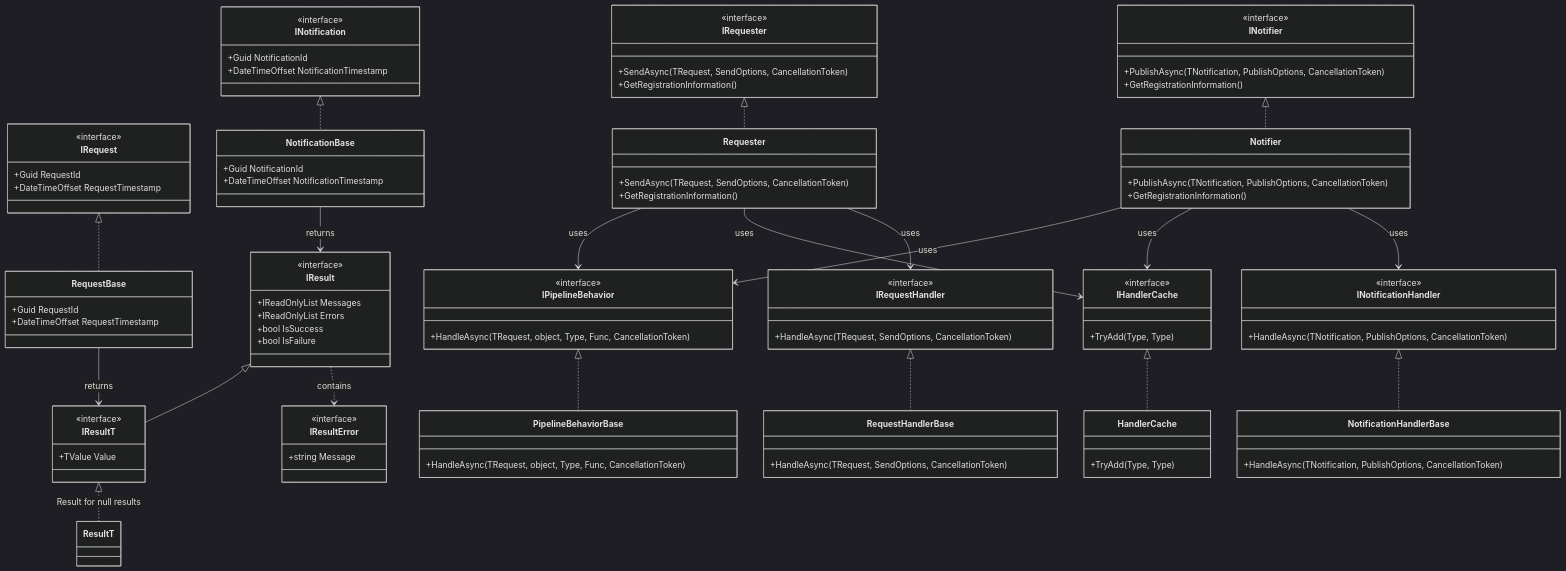
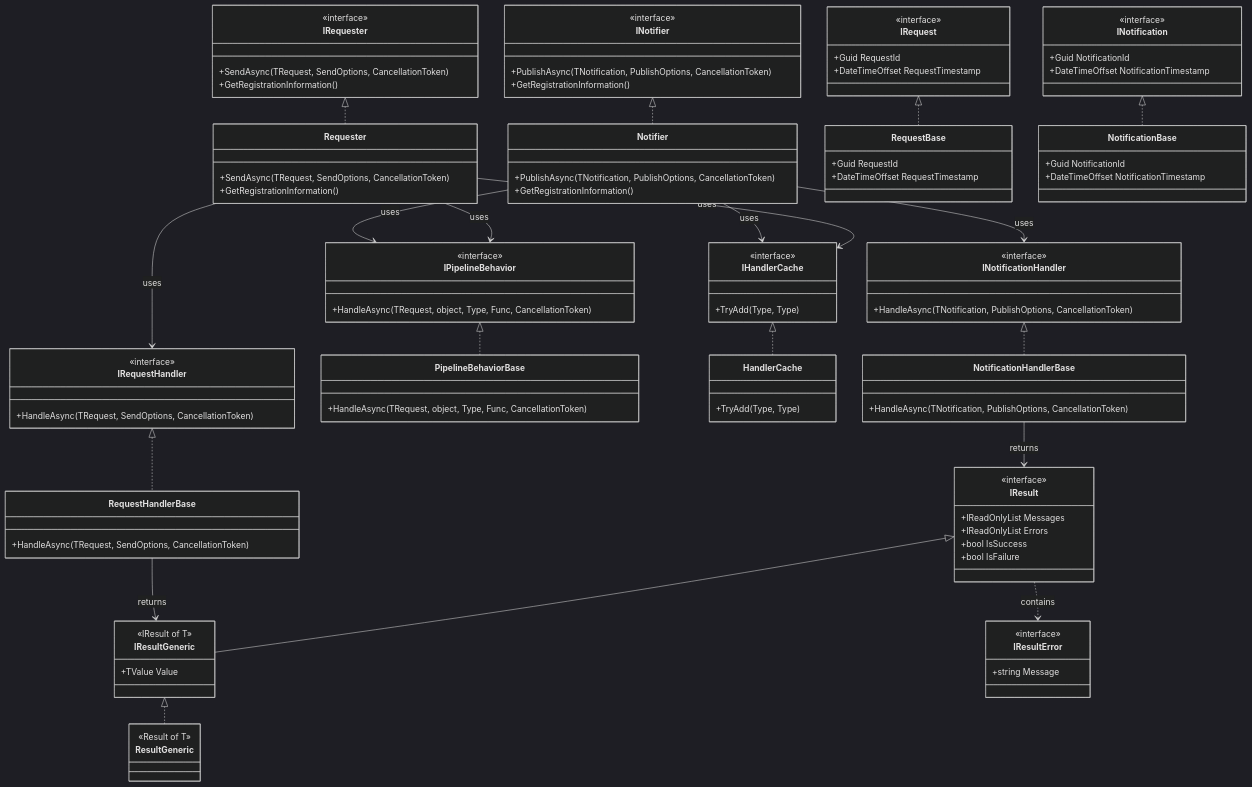
The diagram in docs/features-requester-notifier.md (BridgingIT-GmbH/bITdevKit), drawn with Mermaid (dark theme) before and after one commit. The commit also changed other lines of this file and 62 other files, not shown here.

````diff
--- a/docs/features-requester-notifier.md
+++ b/docs/features-requester-notifier.md
@@ -87,8 +96,8 @@
         +bool IsFailure
     }
 
-    class IResultT {
-        <<interface>>
+    class IResultGeneric {
+        <<IResult of T>>
         +TValue Value
     }
 
@@ -167,9 +176,12 @@
 
     IRequester <|.. Requester
     INotifier <|.. Notifier
-    IResult <|-- IResultT
+    IResult <|-- IResultGeneric
     IResult ..> IResultError : contains
-    IResultT <|.. ResultT : Result<Unit> for null results
+    class ResultGeneric {
+        <<Result of T>>
+    }
+    IResultGeneric <|.. ResultGeneric
     IRequest <|.. RequestBase
     INotification <|.. NotificationBase
     IPipelineBehavior <|.. PipelineBehaviorBase
@@ -182,6 +194,6 @@
     Notifier --> IPipelineBehavior : uses
     Notifier --> IHandlerCache : uses
     Notifier --> INotificationHandler : uses
-    RequestBase --> IResultT : returns
-    NotificationBase --> IResult : returns
+    RequestHandlerBase --> IResultGeneric : returns
+    NotificationHandlerBase --> IResult : returns
 ```
````
